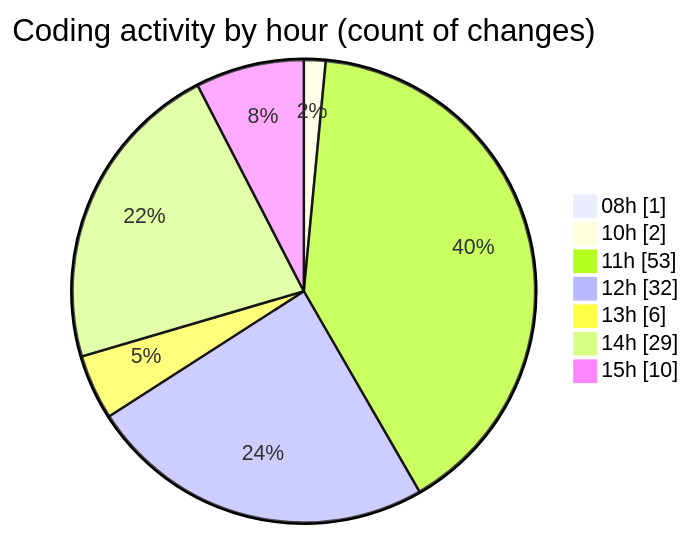
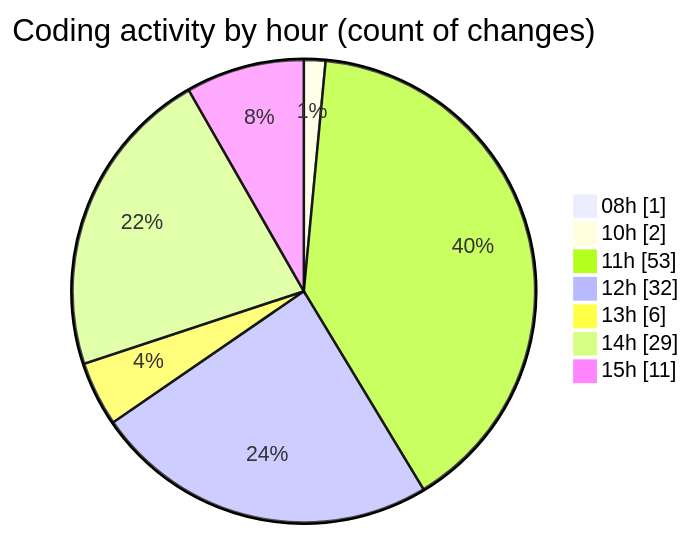
Before and after one commit to momahboobian/code-tracking: the second of 2 diagrams in 2025-07-03/cda/README.md, drawn with Mermaid. The commit also changed other lines of this file and 1 other file, not shown here.

````diff
--- a/2025-07-03/cda/README.md
+++ b/2025-07-03/cda/README.md
@@ -48,11 +49,11 @@
 ```mermaid
 pie showData
 title Coding activity by hour (count of changes)
 "08h" : 1
 "10h" : 2
 "11h" : 53
 "12h" : 32
 "13h" : 6
 "14h" : 29
-"15h" : 10
+"15h" : 11
 ```
````
